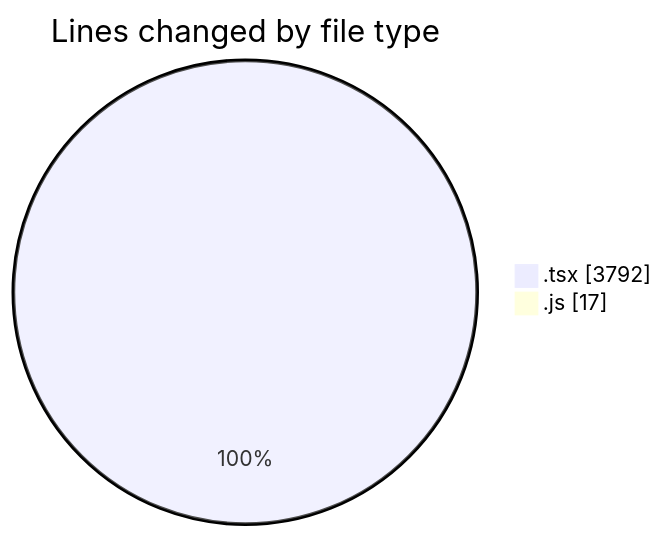
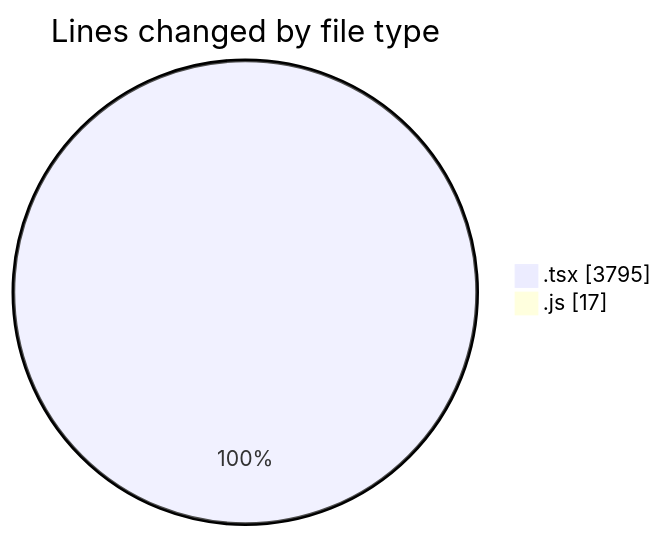
Before and after one commit to lephambinh05/code-tracking: the first of 2 diagrams in 2025-08-21/napxuvn/README.md, drawn with Mermaid. The commit also changed other lines of this file and 1 other file, not shown here.

````diff
--- a/2025-08-21/napxuvn/README.md
+++ b/2025-08-21/napxuvn/README.md
@@ -37,6 +37,6 @@
 ```mermaid
 pie showData
 title Lines changed by file type
-".tsx" : 3792
+".tsx" : 3795
 ".js" : 17
 ```
````
